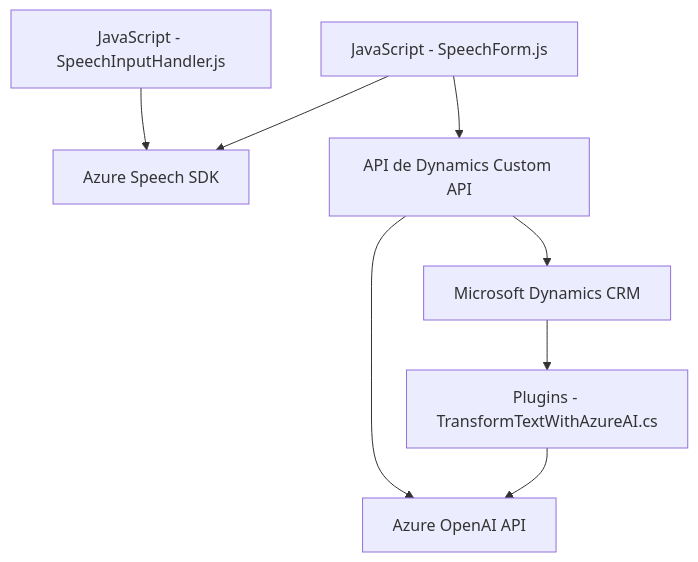
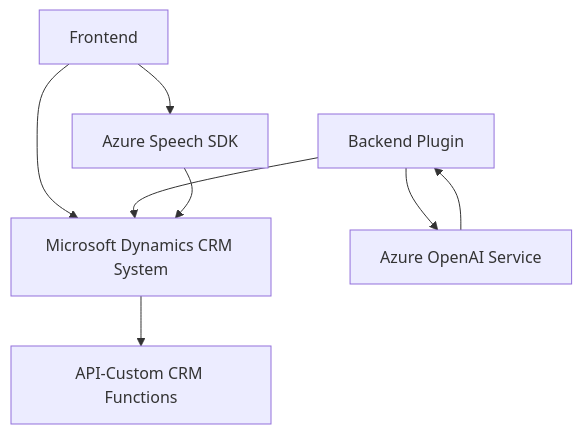
One commit to blopezdm/NETCORE_BILBAO2025 changed the diagram in README.md. Above: the diagram before and after it, drawn with Mermaid. The commit also changed other lines of this file, not shown here.

````diff
--- a/README.md
+++ b/README.md
@@ -61,10 +56,17 @@
 ```mermaid
 graph TD
-    A["JavaScript - SpeechInputHandler.js"] --> B["Azure Speech SDK"]
-    C["JavaScript - SpeechForm.js"] --> B
-    C --> D["API de Dynamics Custom API"]
-    D --> F["Microsoft Dynamics CRM"]
-    D --> E["Azure OpenAI API"]
-    F --> G["Plugins - TransformTextWithAzureAI.cs"]
-    G --> E
+    A["Frontend"]
+    B["Backend Plugin"]
+    C["Microsoft Dynamics CRM System"]
+    D["Azure Speech SDK"]
+    E["Azure OpenAI Service"]
+    F["API-Custom CRM Functions"]
+
+    A --> D
+    A --> C
+    B --> E
+    B --> C
+    C --> F
+    D --> C
+    E --> B
 ```
````
